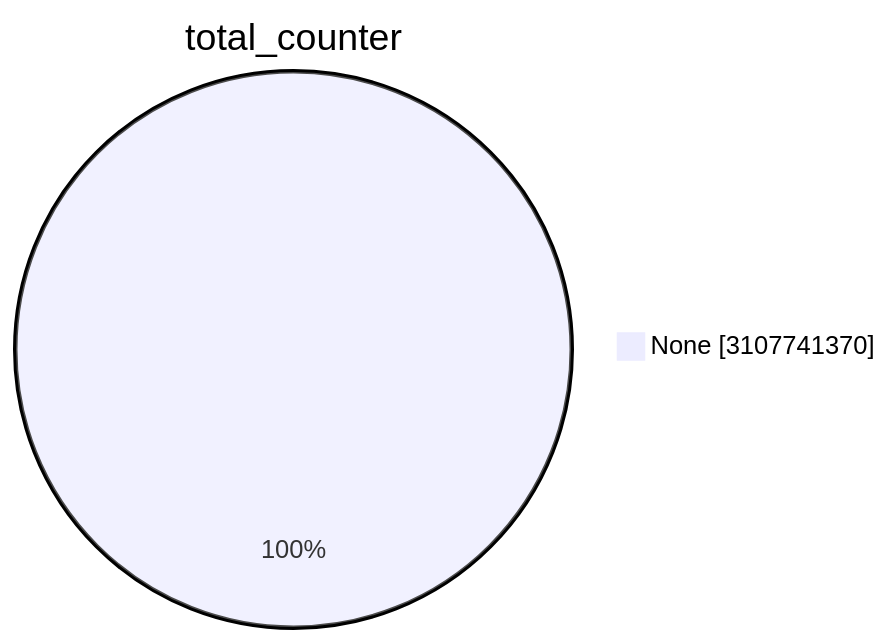
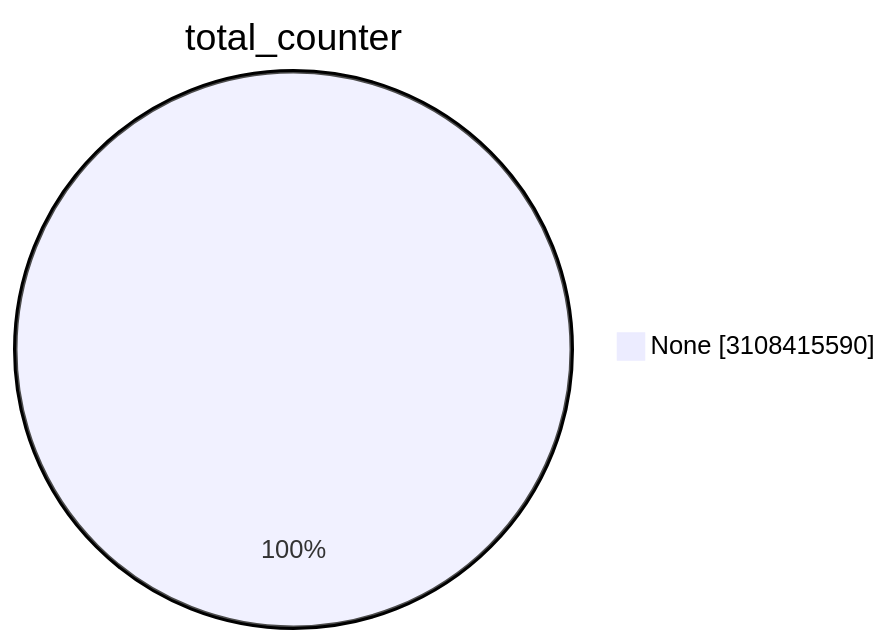
Before and after one commit to christiankrug/ctmonitor_visualization: the first of 15 diagrams in TOTAL/README.md, drawn with Mermaid. The commit also changed other lines of this file, not shown here.

````diff
--- a/TOTAL/README.md
+++ b/TOTAL/README.md
@@ -1,5 +1,5 @@
 ```mermaid
 pie showData
 title total_counter
-"None" :3107741370
+"None" :3108415590
 ```
````
